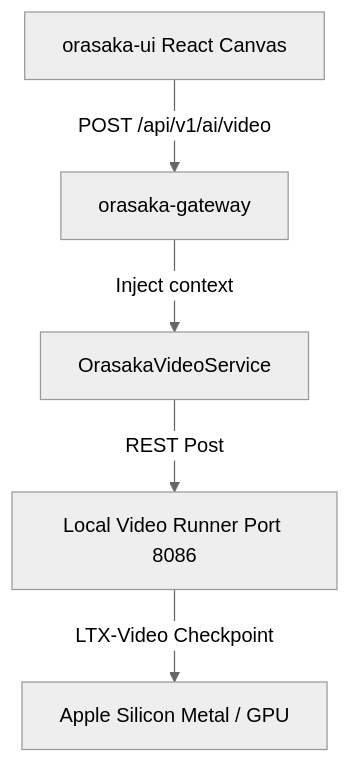
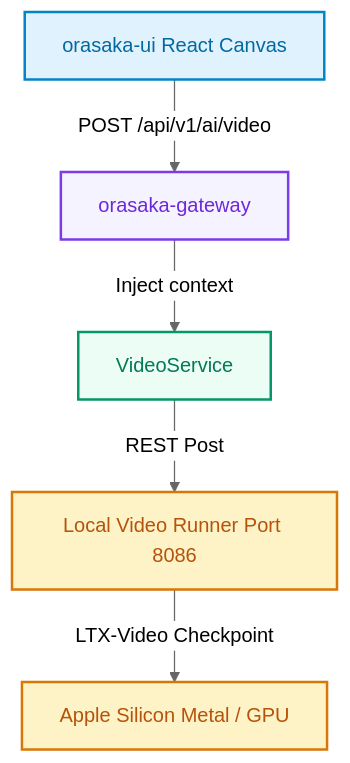
The fourth of 4 diagrams in docs/ARCHITECTURE.md (oussamaABID/orasaka), drawn with Mermaid (neutral theme) before and after one commit. The commit also changed other lines of this file and 481 other files, not shown here.

````diff
--- a/docs/ARCHITECTURE.md
+++ b/docs/ARCHITECTURE.md
@@ -184,7 +207,17 @@
 ```mermaid
 graph TD
     UI[orasaka-ui React Canvas] -->|POST /api/v1/ai/video| GW[orasaka-gateway]
-    GW -->|Inject context| SV[OrasakaVideoService]
+    GW -->|Inject context| SV[VideoService]
     SV -->|REST Post| LTR[Local Video Runner Port 8086]
     LTR -->|LTX-Video Checkpoint| GPU[Apple Silicon Metal / GPU]
+
+    classDef client fill:#e0f2fe,stroke:#0284c7,stroke-width:2px,color:#0369a1;
+    classDef bff fill:#f5f3ff,stroke:#7c3aed,stroke-width:2px,color:#6d28d9;
+    classDef core fill:#ecfdf5,stroke:#059669,stroke-width:2px,color:#047857;
+    classDef infra fill:#fef3c7,stroke:#d97706,stroke-width:2px,color:#b45309;
+
+    class UI client;
+    class GW bff;
+    class SV core;
+    class LTR,GPU infra;
 ```
````
